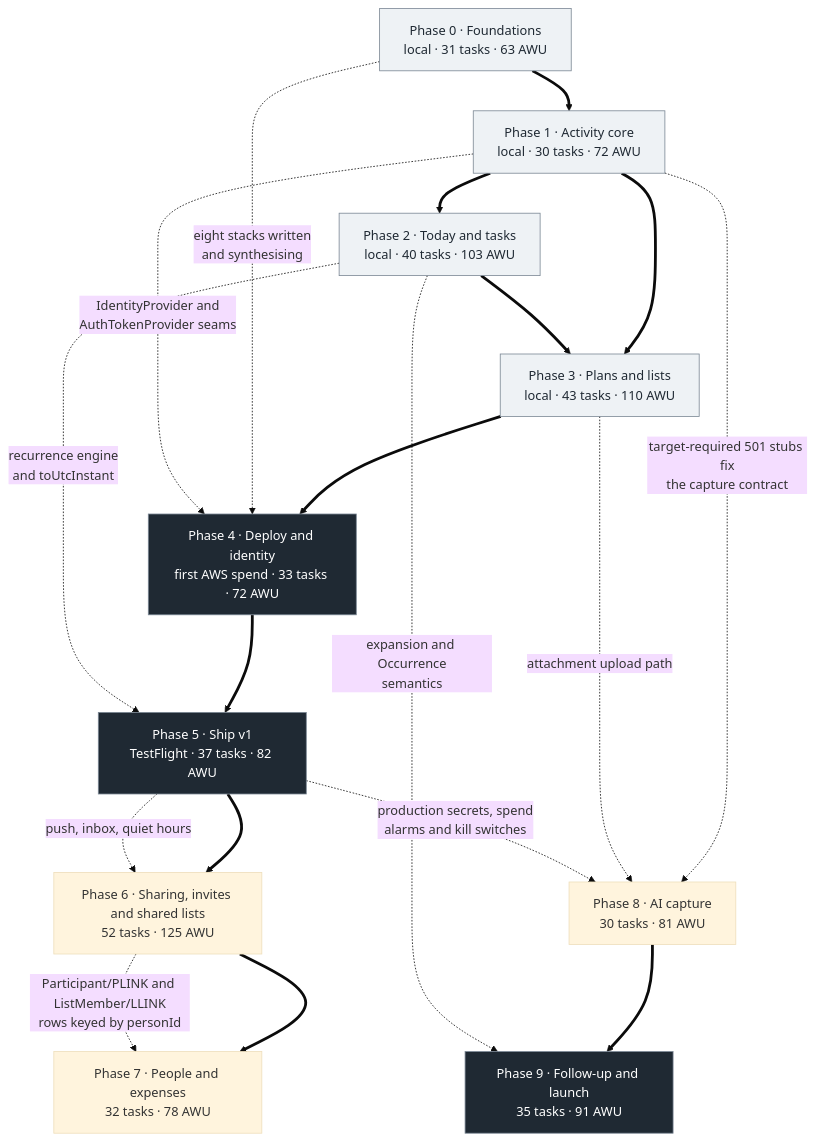
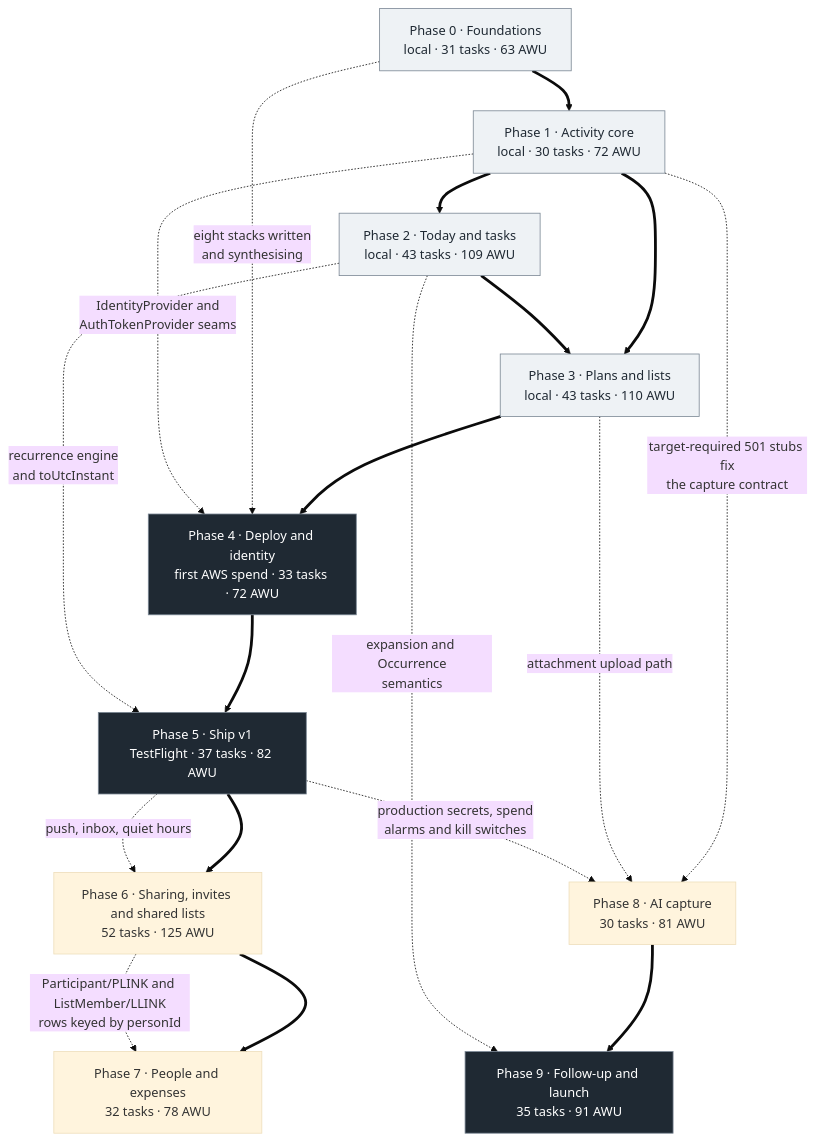
The diagram in docs/03-implementation/roadmap.md (malikujjwal/ordinarydays), drawn with Mermaid (base theme) before and after one commit. The commit also changed other lines of this file and 2 other files, not shown here.

First line of the commit message:
docs(phase-2): add P2-41, P2-42 and P2-43 for the UI restructure

````diff
--- a/docs/03-implementation/roadmap.md
+++ b/docs/03-implementation/roadmap.md
@@ -238,38 +241,38 @@
 ```mermaid
 graph TD
     P0["Phase 0 · Foundations<br/>local · 31 tasks · 63 AWU"]
     P1["Phase 1 · Activity core<br/>local · 30 tasks · 72 AWU"]
-    P2["Phase 2 · Today and tasks<br/>local · 40 tasks · 103 AWU"]
+    P2["Phase 2 · Today and tasks<br/>local · 43 tasks · 109 AWU"]
     P3["Phase 3 · Plans and lists<br/>local · 43 tasks · 110 AWU"]
     P4["Phase 4 · Deploy and identity<br/>first AWS spend · 33 tasks · 72 AWU"]
     P5["Phase 5 · Ship v1<br/>TestFlight · 37 tasks · 82 AWU"]
     P6["Phase 6 · Sharing, invites and shared lists<br/>52 tasks · 125 AWU"]
     P7["Phase 7 · People and expenses<br/>32 tasks · 78 AWU"]
     P8["Phase 8 · AI capture<br/>30 tasks · 81 AWU"]
     P9["Phase 9 · Follow-up and launch<br/>35 tasks · 91 AWU"]
 
     P0 ==> P1
     P1 ==> P2
     P1 ==> P3
     P2 ==> P3
     P3 ==> P4
     P4 ==> P5
     P5 ==> P6
     P6 ==> P7
     P8 ==> P9
 
     P0 -. "eight stacks written<br/>and synthesising" .-> P4
     P1 -. "IdentityProvider and<br/>AuthTokenProvider seams" .-> P4
     P1 -. "target-required 501 stubs fix<br/>the capture contract" .-> P8
     P2 -. "recurrence engine<br/>and toUtcInstant" .-> P5
     P2 -. "expansion and Occurrence<br/>semantics" .-> P9
     P3 -. "attachment upload path" .-> P8
     P5 -. "production secrets, spend<br/>alarms and kill switches" .-> P8
     P5 -. "push, inbox, quiet hours" .-> P6
     P6 -. "Participant/PLINK and ListMember/LLINK<br/>rows keyed by personId" .-> P7
 
     classDef local fill:#eef2f5,stroke:#7b8794,color:#1f2933
     classDef ship fill:#1f2933,stroke:#7b8794,color:#ffffff
     class P0,P1,P2,P3 local
     class P4,P5,P9 ship
 ```
````
